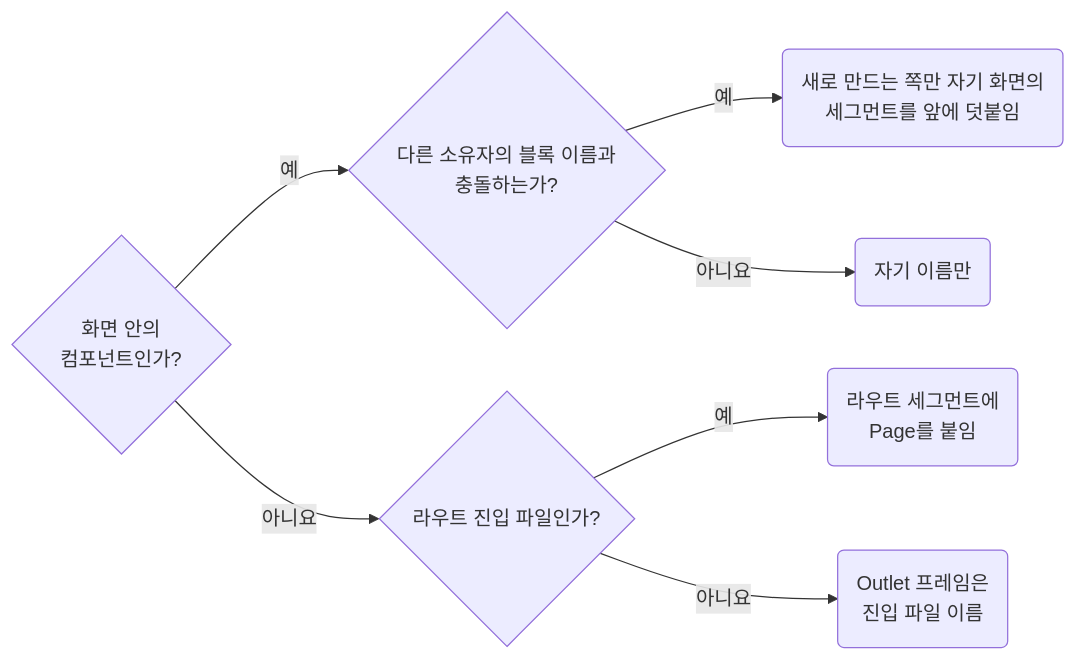
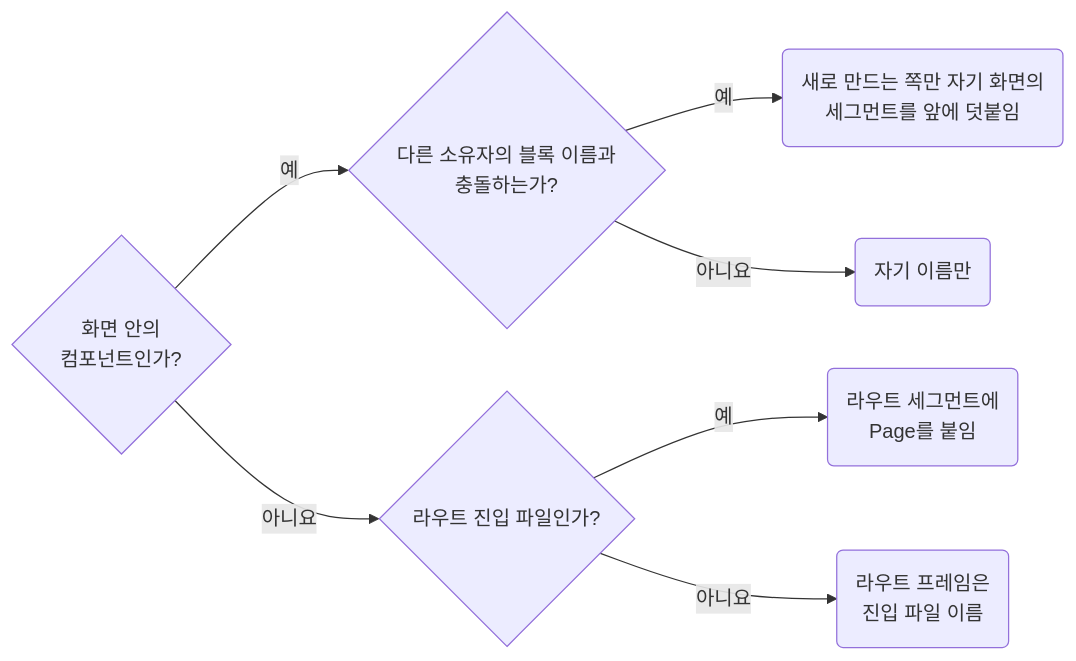
The diagram in skill/css/rules/01-04-naming-keep-page-block-names-traceable.md (nomeehej/agent-conventions), drawn with Mermaid before and after one commit. The commit also changed other lines of this file and 38 other files, not shown here.

````diff
--- a/skill/css/rules/01-04-naming-keep-page-block-names-traceable.md
+++ b/skill/css/rules/01-04-naming-keep-page-block-names-traceable.md
@@ -20,7 +20,7 @@
 ```mermaid
 flowchart LR
 	q1{"화면 안의<br>컴포넌트인가?"} -- 예 --> q2{"다른 소유자의 블록 이름과<br>충돌하는가?"} -- 예 --> r2("새로 만드는 쪽만 자기 화면의<br>세그먼트를 앞에 덧붙임")
 	q1 -- 아니요 --> q3{"라우트 진입 파일인가?"} -- 예 --> r1("라우트 세그먼트에<br>Page를 붙임")
-	q3 -- 아니요 --> r4("Outlet 프레임은<br>진입 파일 이름")
+	q3 -- 아니요 --> r4("라우트 프레임은<br>진입 파일 이름")
 	q2 -- 아니요 --> r3("자기 이름만")
 ```
````
